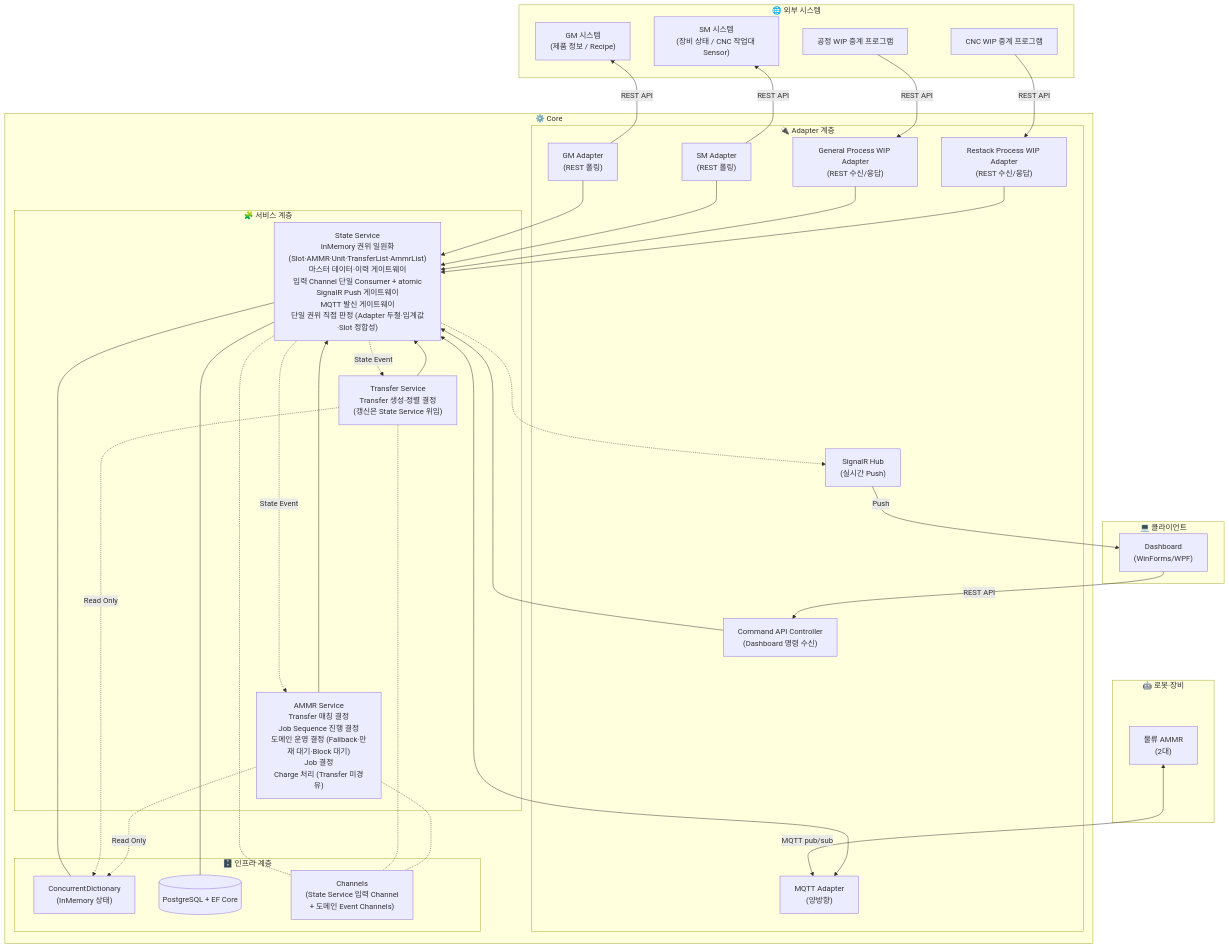
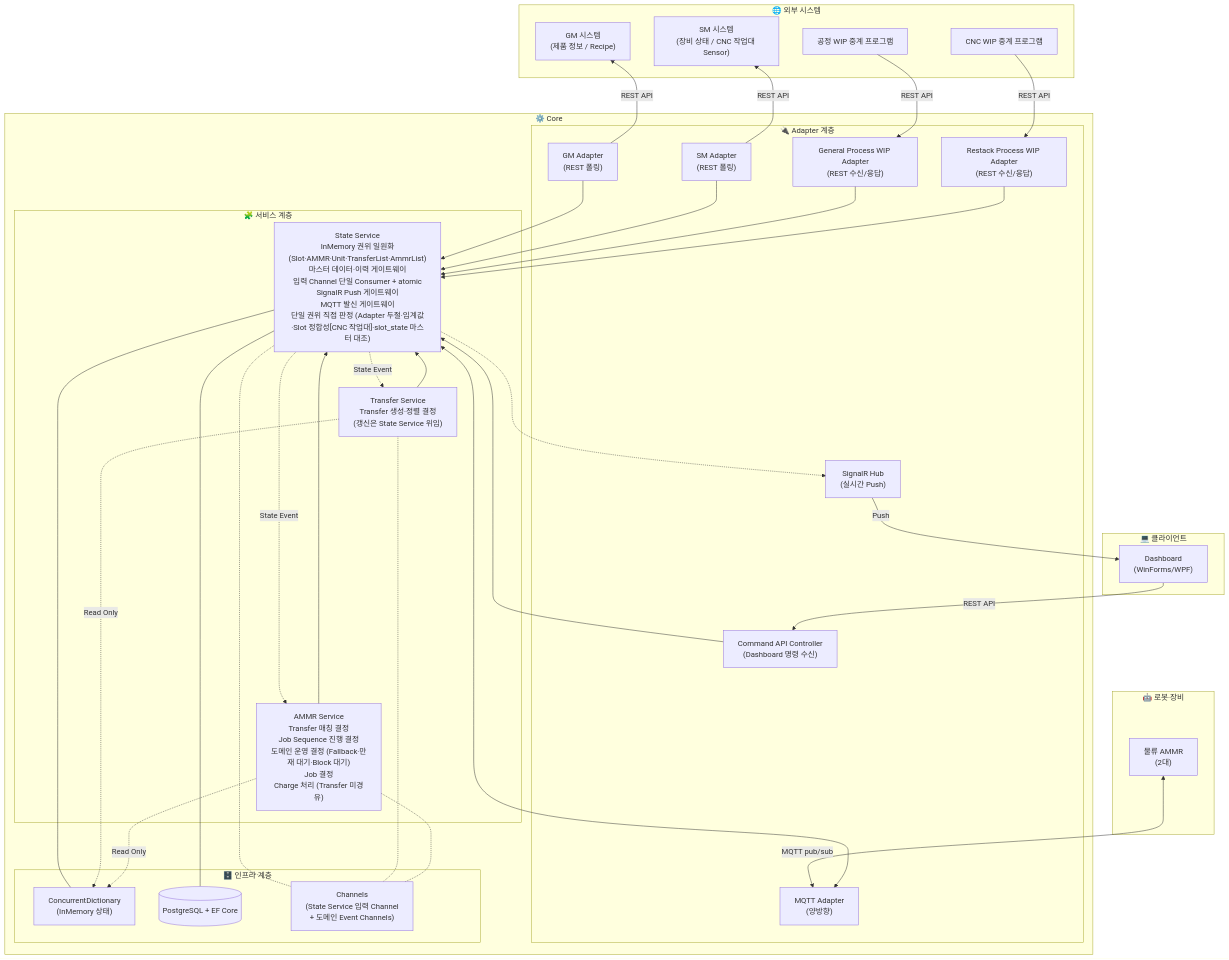
Before and after one commit to kimminsu0315/Core-Docs: the third of 3 diagrams in docs/Core_SAD.md, drawn with Mermaid. The commit also changed other lines of this file and 8 other files, not shown here.

```diff
--- a/docs/Core_SAD.md
+++ b/docs/Core_SAD.md
@@ -310,7 +311,7 @@
         end
 
         subgraph Service["🧩 서비스 계층"]
-            StateService["State Service<br/>InMemory 권위 일원화<br/>(Slot·AMMR·Unit·TransferList·AmmrList)<br/>마스터 데이터·이력 게이트웨이<br/>입력 Channel 단일 Consumer + atomic<br/>SignalR Push 게이트웨이<br/>MQTT 발신 게이트웨이<br/>단일 권위 직접 판정 (Adapter 두절·임계값·Slot 정합성)"]
+            StateService["State Service<br/>InMemory 권위 일원화<br/>(Slot·AMMR·Unit·TransferList·AmmrList)<br/>마스터 데이터·이력 게이트웨이<br/>입력 Channel 단일 Consumer + atomic<br/>SignalR Push 게이트웨이<br/>MQTT 발신 게이트웨이<br/>단일 권위 직접 판정 (Adapter 두절·임계값·Slot 정합성[CNC 작업대]·slot_state 마스터 대조)"]
             TransferService["Transfer Service<br/>Transfer 생성·정렬 결정<br/>(갱신은 State Service 위임)"]
             AMMRService["AMMR Service<br/>Transfer 매칭 결정<br/>Job Sequence 진행 결정<br/>도메인 운영 결정 (Fallback·만재 대기·Block 대기)<br/>Job 결정<br/>Charge 처리 (Transfer 미경유)"]
         end
```
